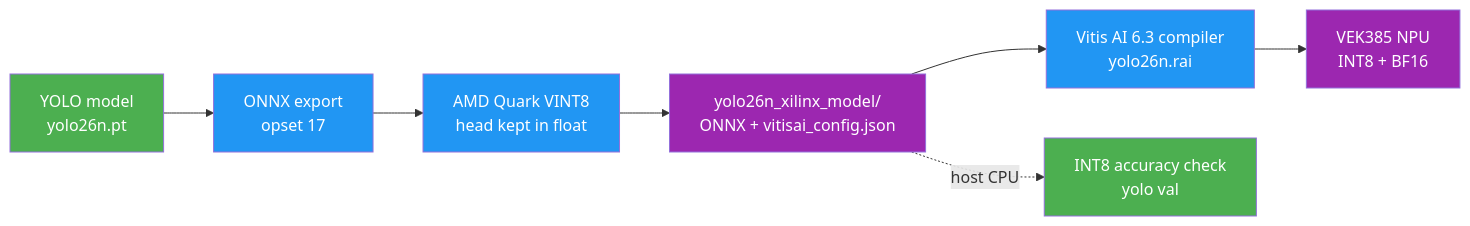
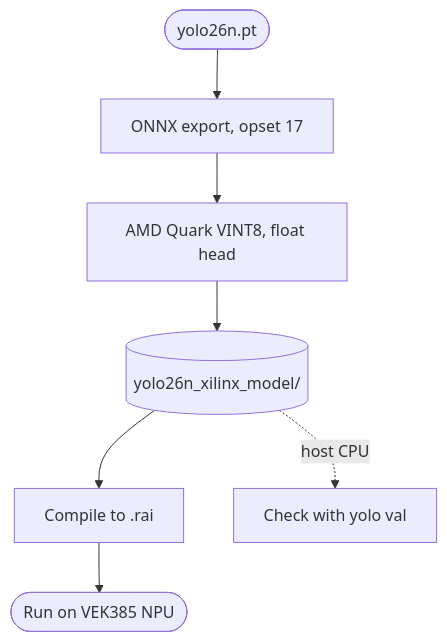
Before and after one commit to ultralytics/ultralytics: the third of 4 diagrams in docs/en/integrations/xilinx.md, drawn with Mermaid. The commit also changed other lines of this file and 20 other files, not shown here.

First line of the commit message:
Migrate docs Mermaid diagrams to the unified design system

````diff
--- a/docs/en/integrations/xilinx.md
+++ b/docs/en/integrations/xilinx.md
@@ -269,13 +257,9 @@
 ```mermaid
-graph LR
-    A[YOLO model<br>yolo26n.pt]:::start --> B[ONNX export<br>opset 17]:::proc
-    B --> C[AMD Quark VINT8<br>head kept in float]:::proc
-    C --> D[yolo26n_xilinx_model/<br>ONNX + vitisai_config.json]:::out
-    D --> E[Vitis AI 6.3 compiler<br>yolo26n.rai]:::proc
-    E --> F[VEK385 NPU<br>INT8 + BF16]:::out
-    D -.->|host CPU| G[INT8 accuracy check<br>yolo val]:::start
-
-    classDef start fill:#4CAF50,color:#fff
-    classDef proc fill:#2196F3,color:#fff
-    classDef out fill:#9C27B0,color:#fff
+flowchart TD
+    A([yolo26n.pt]) --> B["ONNX export, opset 17"]
+    B --> C["AMD Quark VINT8, float head"]
+    C --> D[("yolo26n_xilinx_model/")]
+    D --> E[Compile to .rai]
+    E --> F([Run on VEK385 NPU])
+    D -.->|host CPU| G[Check with yolo val]
 ```
````
